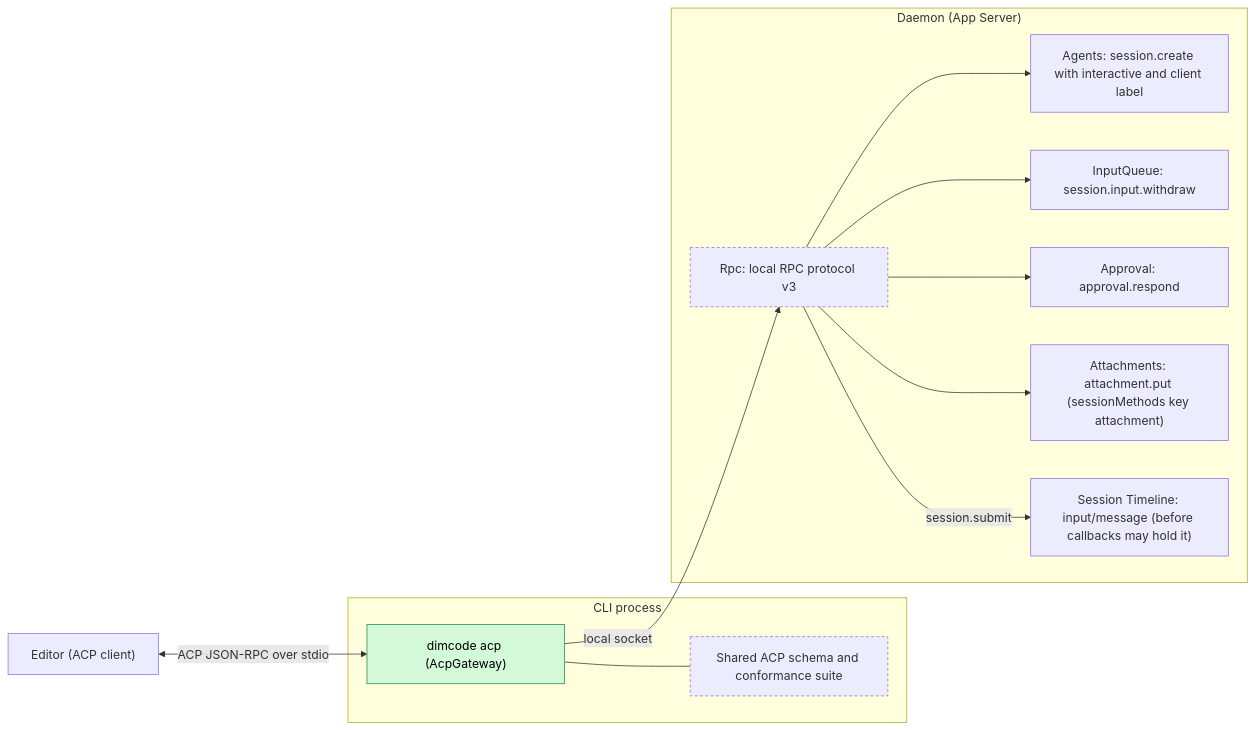
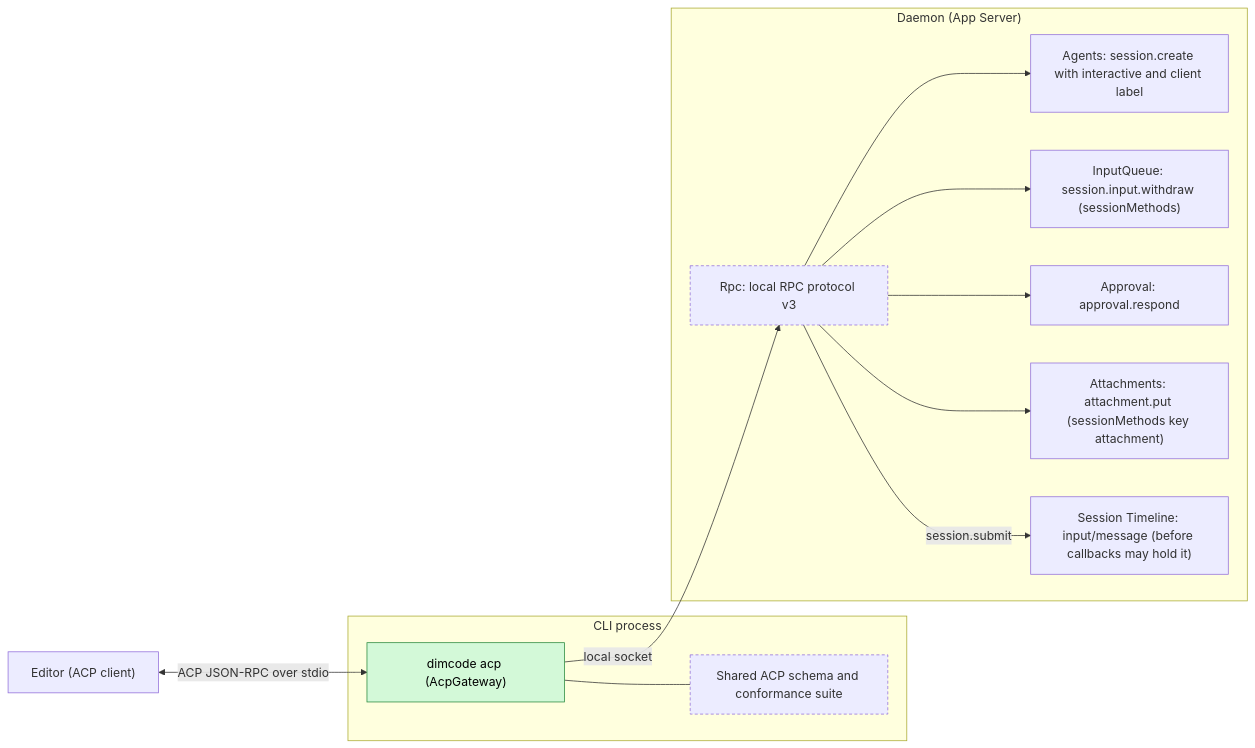
One commit to CoutinhoTTS/dim-agent changed the first of 5 diagrams in docs/design/plugins/AcpGateway.md. Above: the diagram before and after it, drawn with Mermaid. The commit also changed other lines of this file and 42 other files, not shown here.

````diff
--- a/docs/design/plugins/AcpGateway.md
+++ b/docs/design/plugins/AcpGateway.md
@@ -9,26 +9,26 @@
 ```mermaid
 flowchart LR
   classDef new fill:#d3f9d8,stroke:#2b8a3e,color:#000
   classDef contract stroke-dasharray:4 3
   Editor["Editor (ACP client)"]
   subgraph cli["CLI process"]
     GW["dimcode acp (AcpGateway)"]:::new
     Schema["Shared ACP schema and conformance suite"]:::contract
   end
   subgraph daemon["Daemon (App Server)"]
     Rpc["Rpc: local RPC protocol v3"]:::contract
     Agents["Agents: session.create with interactive and client label"]
-    IQ["InputQueue: session.input.withdraw"]
+    IQ["InputQueue: session.input.withdraw (sessionMethods)"]
     Appr["Approval: approval.respond"]
     Att["Attachments: attachment.put (sessionMethods key attachment)"]
     TLD["Session Timeline: input/message (before callbacks may hold it)"]
   end
   Editor <-->|"ACP JSON-RPC over stdio"| GW
   GW --- Schema
   GW -->|"local socket"| Rpc
   Rpc --> Agents
   Rpc --> IQ
   Rpc --> Appr
   Rpc --> Att
   Rpc -->|"session.submit"| TLD
 ```
````
